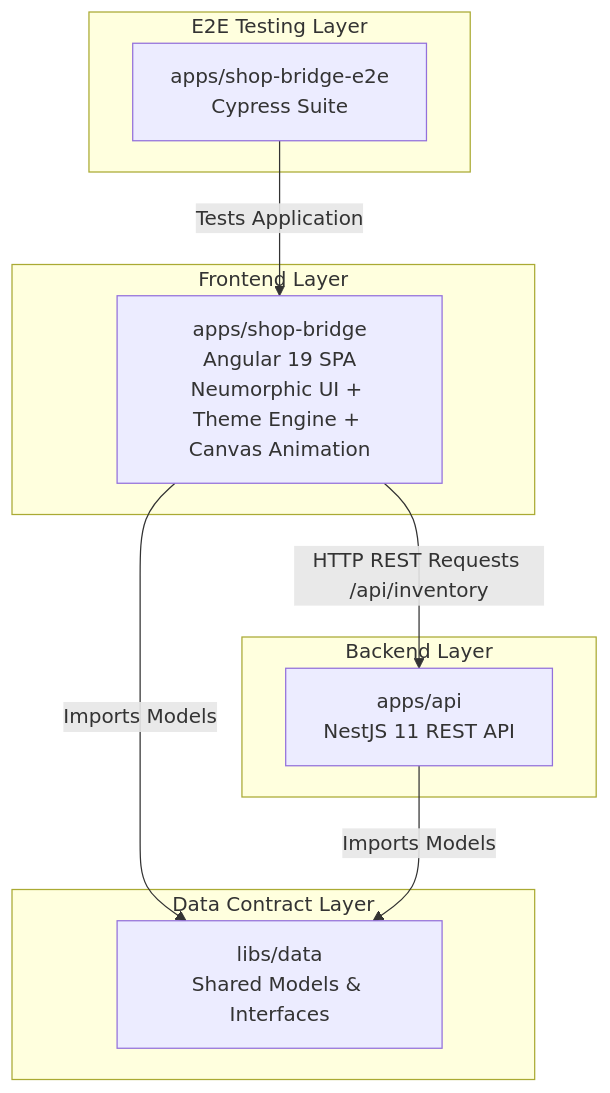
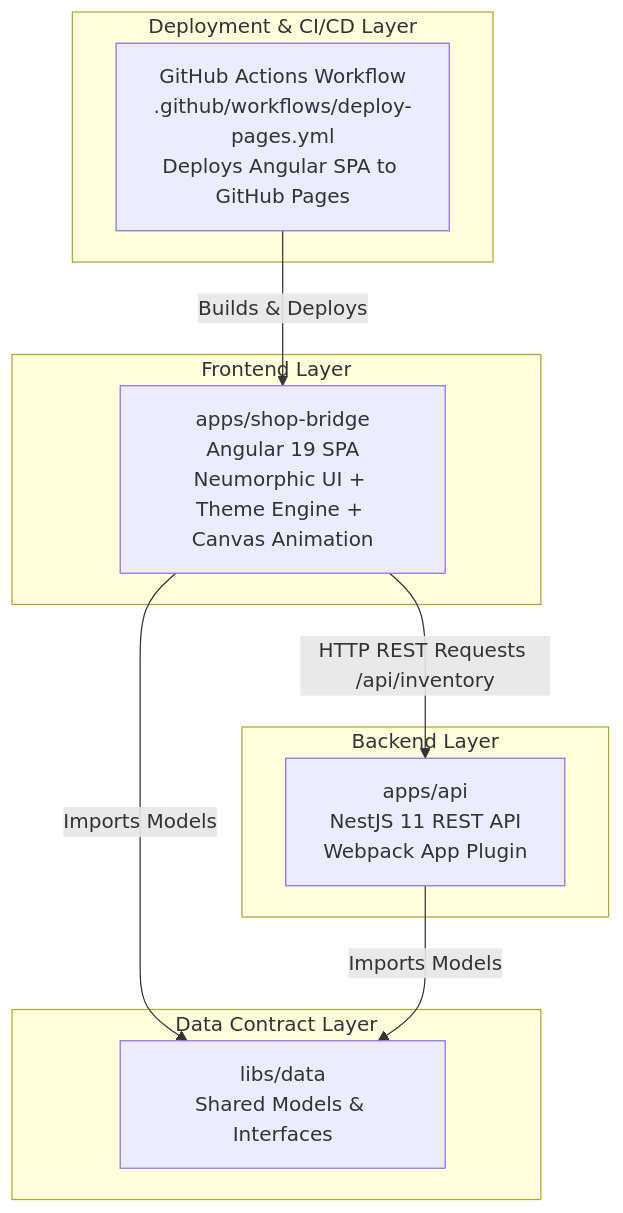
The diagram in docs/ARCHITECTURE.md (ShubhrankR/shopbridge-nx), drawn with Mermaid before and after one commit. The commit also changed other lines of this file and 1 other file, not shown here.

Commit message:
docs: update system architecture and project summary with GitHub Pages workflow details

````diff
--- a/docs/ARCHITECTURE.md
+++ b/docs/ARCHITECTURE.md
@@ -11,23 +11,23 @@
 ```mermaid
 graph TD
     subgraph Frontend Layer
         SB[apps/shop-bridge<br/>Angular 19 SPA<br/>Neumorphic UI + Theme Engine + Canvas Animation]
     end
 
     subgraph Data Contract Layer
         DATA[libs/data<br/>Shared Models & Interfaces]
     end
 
     subgraph Backend Layer
-        API[apps/api<br/>NestJS 11 REST API]
+        API[apps/api<br/>NestJS 11 REST API<br/>Webpack App Plugin]
     end
 
-    subgraph E2E Testing Layer
-        E2E[apps/shop-bridge-e2e<br/>Cypress Suite]
+    subgraph Deployment & CI/CD Layer
+        GHP[GitHub Actions Workflow<br/>.github/workflows/deploy-pages.yml<br/>Deploys Angular SPA to GitHub Pages]
     end
 
     SB -->|Imports Models| DATA
     API -->|Imports Models| DATA
     SB -->|HTTP REST Requests /api/inventory| API
-    E2E -->|Tests Application| SB
+    GHP -->|Builds & Deploys| SB
 ```
````
